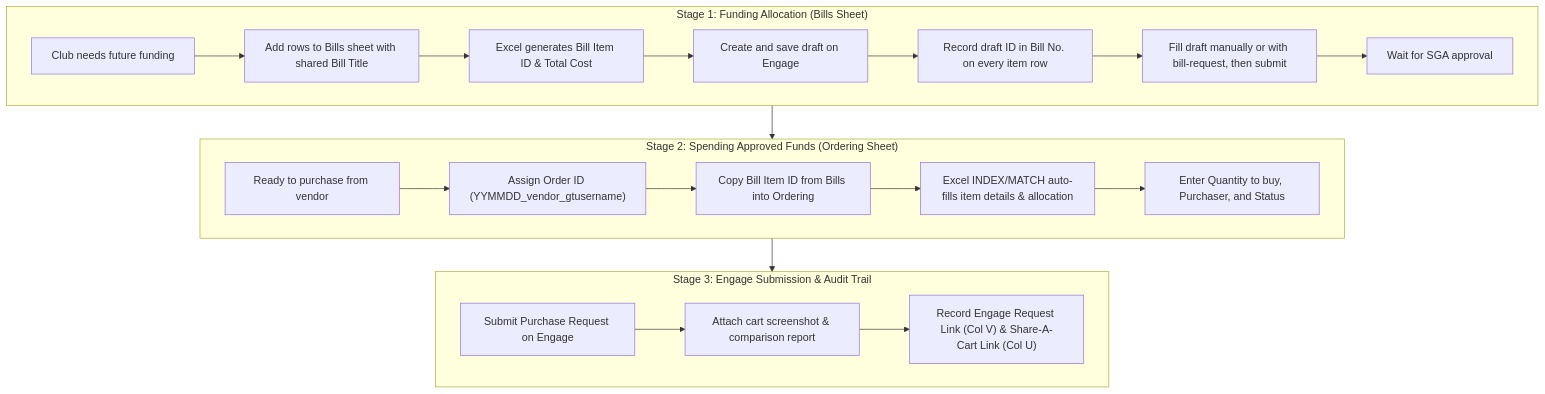
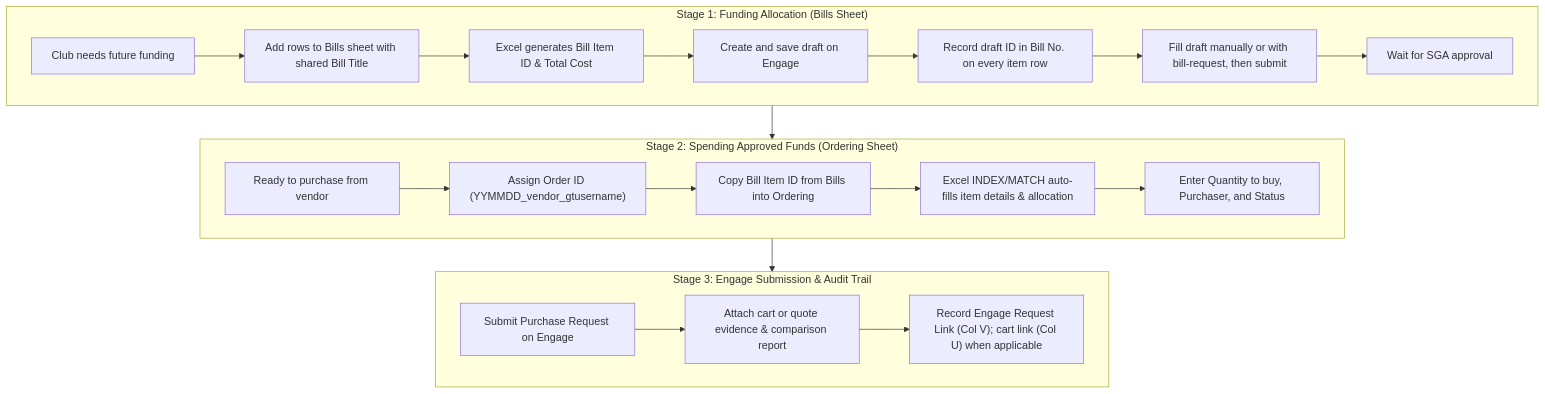
The diagram in docs/user/WORKFLOW_GUIDE.md (gt-marine-robotics-group/finance), drawn with Mermaid before and after one commit. The commit also changed other lines of this file and 14 other files, not shown here.

````diff
--- a/docs/user/WORKFLOW_GUIDE.md
+++ b/docs/user/WORKFLOW_GUIDE.md
@@ -11,26 +11,26 @@
 ```mermaid
 flowchart TD
     subgraph Stage1["Stage 1: Funding Allocation (Bills Sheet)"]
         B1["Club needs future funding"] --> B2["Add rows to Bills sheet with shared Bill Title"]
         B2 --> B3["Excel generates Bill Item ID & Total Cost"]
         B3 --> B4["Create and save draft on Engage"]
         B4 --> B5["Record draft ID in Bill No. on every item row"]
         B5 --> B6["Fill draft manually or with bill-request, then submit"]
         B6 --> B7["Wait for SGA approval"]
     end
 
     subgraph Stage2["Stage 2: Spending Approved Funds (Ordering Sheet)"]
         O1["Ready to purchase from vendor"] --> O2["Assign Order ID (YYMMDD_vendor_gtusername)"]
         O2 --> O3["Copy Bill Item ID from Bills into Ordering"]
         O3 --> O4["Excel INDEX/MATCH auto-fills item details & allocation"]
         O4 --> O5["Enter Quantity to buy, Purchaser, and Status"]
     end
 
     subgraph Stage3["Stage 3: Engage Submission & Audit Trail"]
-        S1["Submit Purchase Request on Engage"] --> S2["Attach cart screenshot & comparison report"]
-        S2 --> S3["Record Engage Request Link (Col V) & Share-A-Cart Link (Col U)"]
+        S1["Submit Purchase Request on Engage"] --> S2["Attach cart or quote evidence & comparison report"]
+        S2 --> S3["Record Engage Request Link (Col V); cart link (Col U) when applicable"]
     end
 
     Stage1 --> Stage2
     Stage2 --> Stage3
 ```
````
